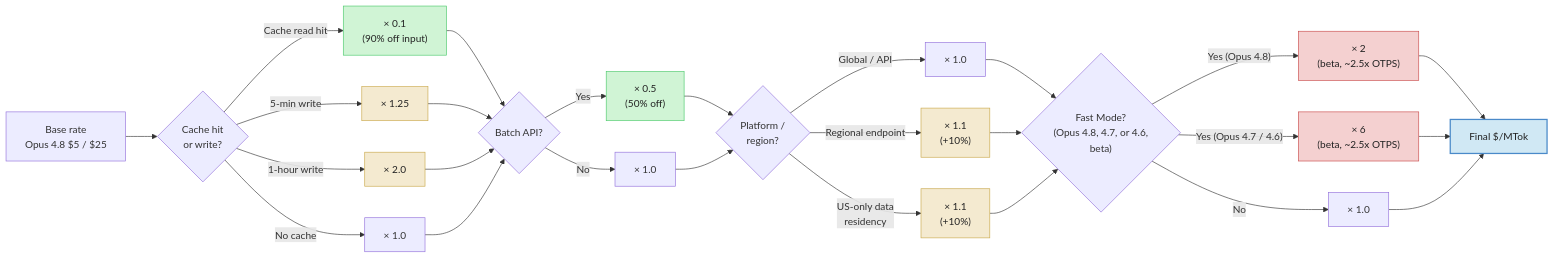
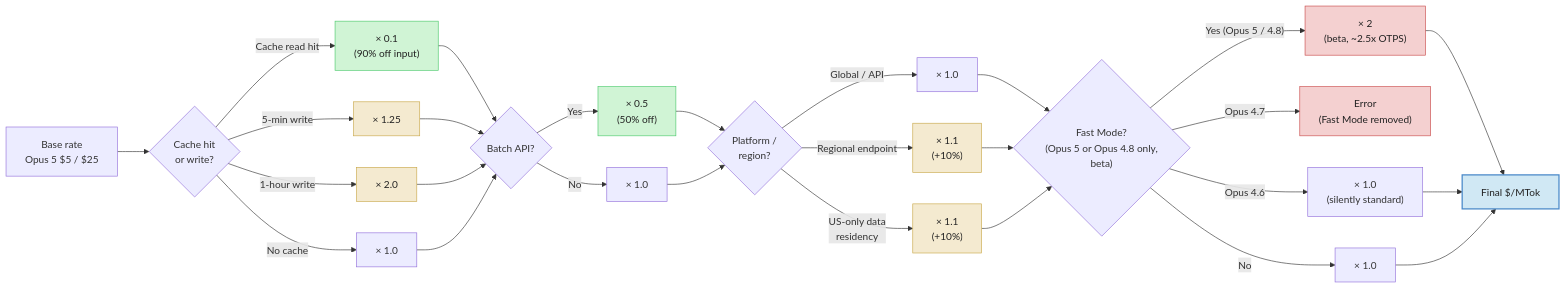
Before and after one commit to Sagargupta16/claude-cost-optimizer: the fifth of 5 diagrams in guides/diagrams.md, drawn with Mermaid. The commit also changed other lines of this file and 48 other files, not shown here.

````diff
--- a/guides/diagrams.md
+++ b/guides/diagrams.md
@@ -214,46 +223,47 @@
 ```mermaid
 flowchart LR
-    base["Base rate<br/>Opus 4.8 $5 / $25"] --> cache{"Cache hit<br/>or write?"}
+    base["Base rate<br/>Opus 5 $5 / $25"] --> cache{"Cache hit<br/>or write?"}
 
     cache -- "Cache read hit" --> cacheRead["× 0.1<br/>(90% off input)"]
     cache -- "5-min write" --> write5m["× 1.25"]
     cache -- "1-hour write" --> write1h["× 2.0"]
     cache -- "No cache" --> normal["× 1.0"]
 
     cacheRead --> batch{"Batch API?"}
     write5m --> batch
     write1h --> batch
     normal --> batch
 
     batch -- "Yes" --> batchYes["× 0.5<br/>(50% off)"]
     batch -- "No" --> batchNo["× 1.0"]
 
     batchYes --> region{"Platform /<br/>region?"}
     batchNo --> region
 
     region -- "Global / API" --> regGlobal["× 1.0"]
     region -- "Regional endpoint" --> regRegional["× 1.1<br/>(+10%)"]
     region -- "US-only data<br/>residency" --> regData["× 1.1<br/>(+10%)"]
 
-    regGlobal --> fast{"Fast Mode?<br/>(Opus 4.8, 4.7, or 4.6,<br/>beta)"}
+    regGlobal --> fast{"Fast Mode?<br/>(Opus 5 or Opus 4.8 only,<br/>beta)"}
     regRegional --> fast
     regData --> fast
 
-    fast -- "Yes (Opus 4.8)" --> fastYes8["× 2<br/>(beta, ~2.5x OTPS)"]
-    fast -- "Yes (Opus 4.7 / 4.6)" --> fastYes["× 6<br/>(beta, ~2.5x OTPS)"]
+    fast -- "Yes (Opus 5 / 4.8)" --> fastYes["× 2<br/>(beta, ~2.5x OTPS)"]
+    fast -- "Opus 4.7" --> fastErr["Error<br/>(Fast Mode removed)"]
+    fast -- "Opus 4.6" --> fastSilent["× 1.0<br/>(silently standard)"]
     fast -- "No" --> fastNo["× 1.0"]
 
-    fastYes8 --> final["Final $/MTok"]
-    fastYes --> final
+    fastYes --> final["Final $/MTok"]
+    fastSilent --> final
     fastNo --> final
 
     classDef discount fill:#d0f4d5,stroke:#4ac96a,color:#222
     classDef premium fill:#f4ead0,stroke:#c9a84a,color:#222
     classDef expensive fill:#f4d0d0,stroke:#c94a4a,color:#222
     classDef result fill:#d0e8f4,stroke:#4a8ac9,stroke-width:2px,color:#222
 
     class cacheRead,batchYes discount
     class write5m,write1h,regRegional,regData premium
-    class fastYes8,fastYes expensive
+    class fastYes,fastErr expensive
     class final result
 ```
````
